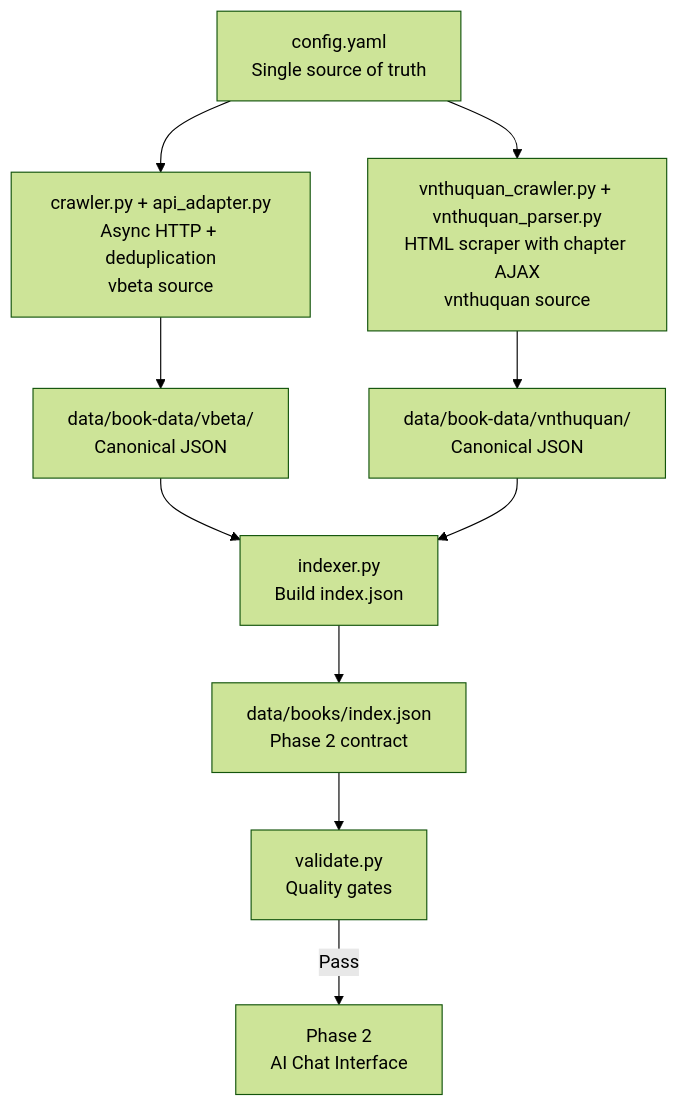
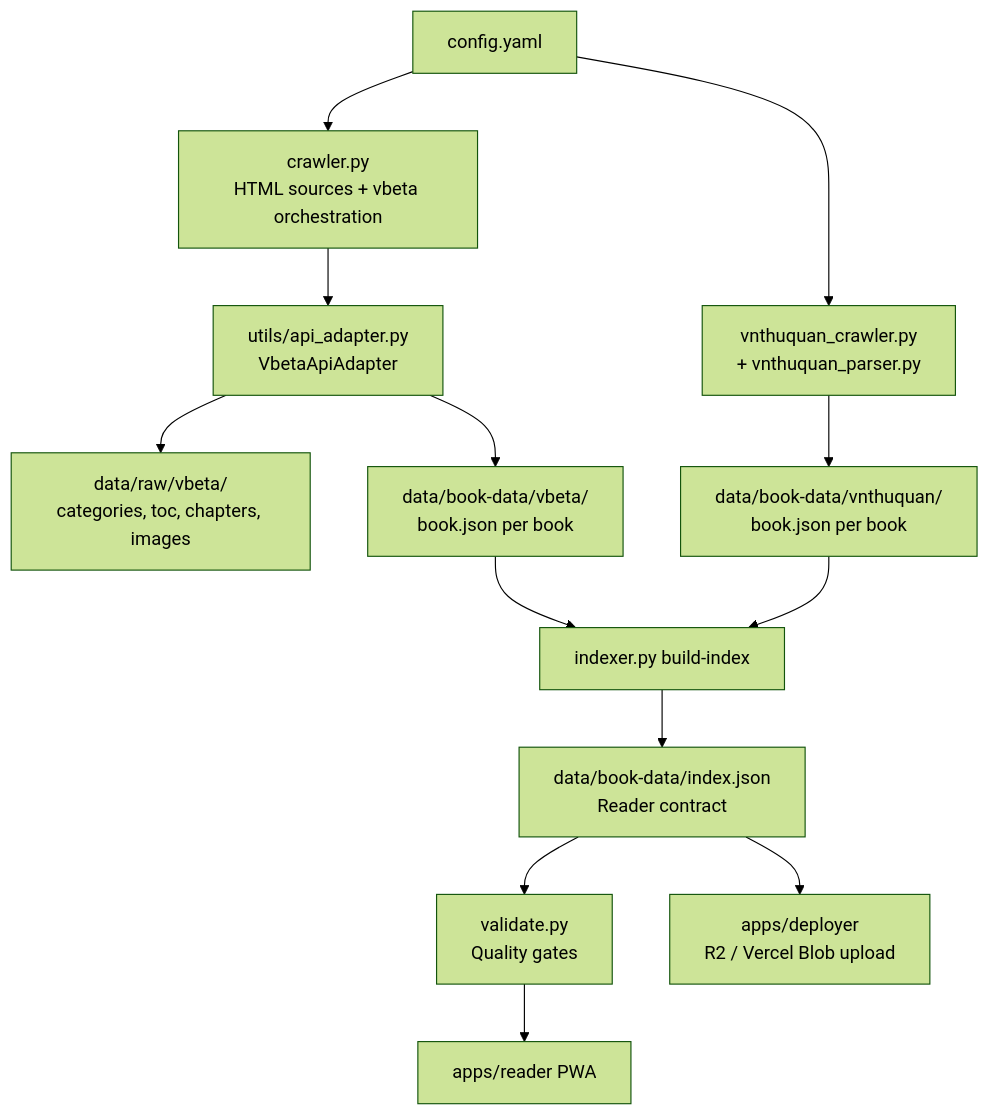
One commit to haicanhdieu/monkai changed the diagram in apps/crawler/README.md. Above: the diagram before and after it, drawn with Mermaid (forest theme). The commit also changed other lines of this file, not shown here.

First line of the commit message:
docs(crawler): refresh README to match current codebase

````diff
--- a/apps/crawler/README.md
+++ b/apps/crawler/README.md
@@ -49,12 +52,19 @@
 ```mermaid
 flowchart TD
-    Config[config.yaml\nSingle source of truth] --> Crawler
+    Config[config.yaml] --> Crawler
     Config --> VNTCrawler
-    Crawler[crawler.py + api_adapter.py\nAsync HTTP + deduplication\nvbeta source] --> JsonFiles[data/book-data/vbeta/\nCanonical JSON]
-    VNTCrawler[vnthuquan_crawler.py + vnthuquan_parser.py\nHTML scraper with chapter AJAX\nvnthuquan source] --> VNTFiles[data/book-data/vnthuquan/\nCanonical JSON]
-    JsonFiles --> Indexer[indexer.py\nBuild index.json]
-    VNTFiles --> Indexer
-    Indexer --> IndexFile[data/books/index.json\nPhase 2 contract]
+
+    Crawler[crawler.py\nHTML sources + vbeta orchestration] --> ApiAdapter[utils/api_adapter.py\nVbetaApiAdapter]
+    ApiAdapter --> RawVbeta[data/raw/vbeta/\ncategories, toc, chapters, images]
+    ApiAdapter --> VbetaBooks[data/book-data/vbeta/\nbook.json per book]
+
+    VNTCrawler[vnthuquan_crawler.py\n+ vnthuquan_parser.py] --> VNTBooks[data/book-data/vnthuquan/\nbook.json per book]
+
+    VbetaBooks --> Indexer[indexer.py build-index]
+    VNTBooks --> Indexer
+    Indexer --> IndexFile[data/book-data/index.json\nReader contract]
+
     IndexFile --> Validator[validate.py\nQuality gates]
-    Validator -->|Pass| Phase2[Phase 2\nAI Chat Interface]
+    Validator --> Reader[apps/reader PWA]
+    IndexFile --> Deployer[apps/deployer\nR2 / Vercel Blob upload]
 ```
````
